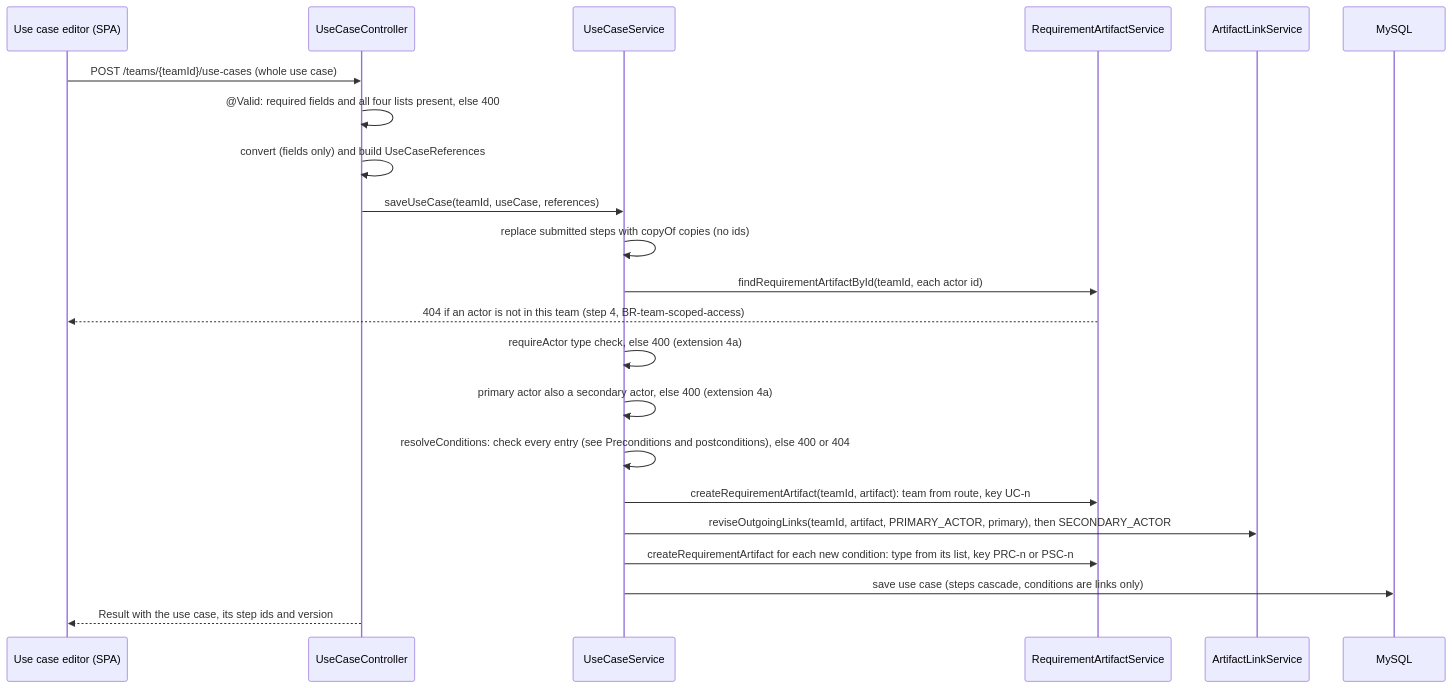
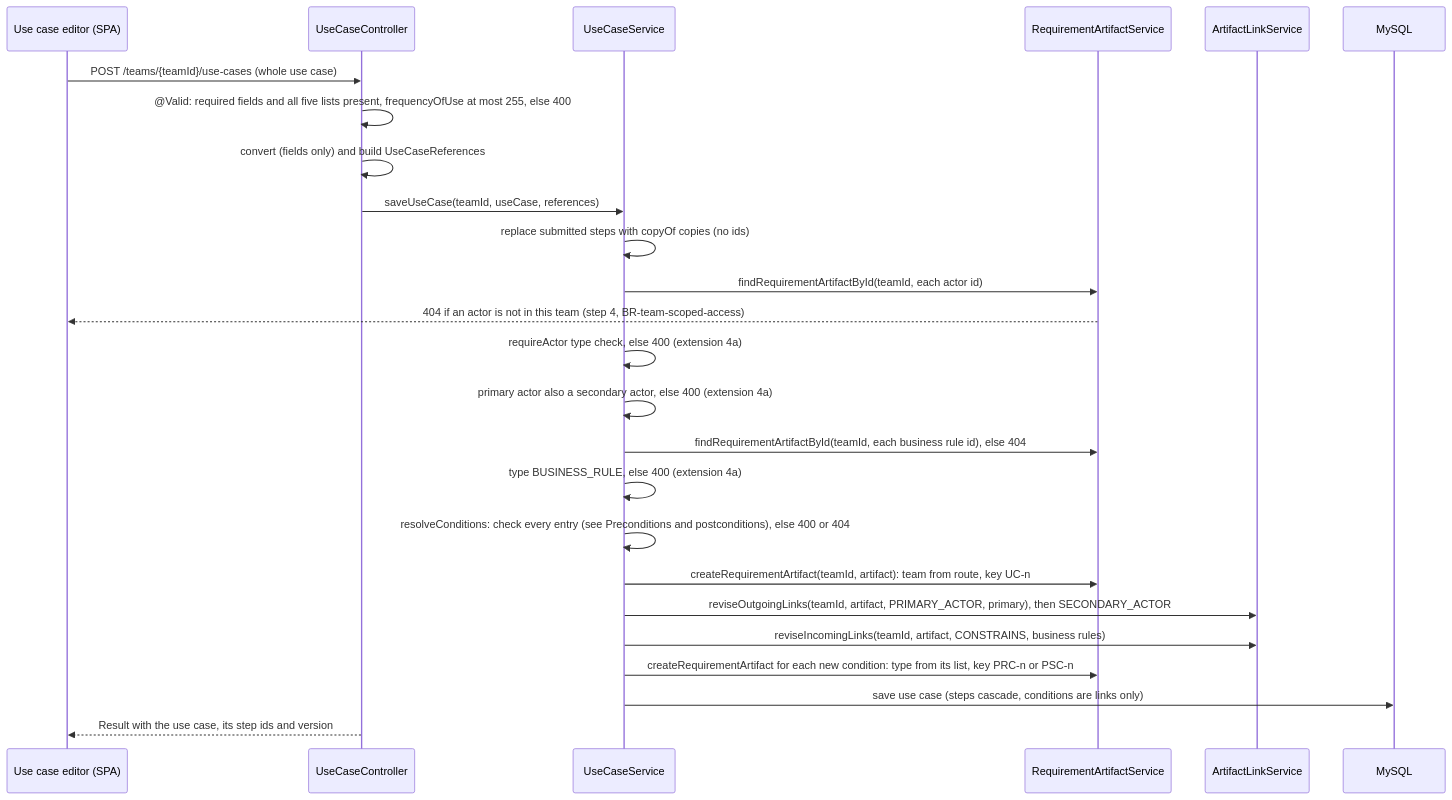
The second of 10 diagrams in docs/design/doc.md (Washingtonwei/project-pulse), drawn with Mermaid before and after one commit. The commit also changed other lines of this file and 3 other files, not shown here.

First line of the commit message:
Design the use case template fields and business rule links

````diff
--- a/docs/design/doc.md
+++ b/docs/design/doc.md
@@ -156,24 +166,27 @@
 ```mermaid
 sequenceDiagram
     participant E as Use case editor (SPA)
     participant C as UseCaseController
     participant S as UseCaseService
     participant R as RequirementArtifactService
     participant L as ArtifactLinkService
     participant DB as MySQL
     E->>C: POST /teams/{teamId}/use-cases (whole use case)
-    C->>C: @Valid: required fields and all four lists present, else 400
+    C->>C: @Valid: required fields and all five lists present, frequencyOfUse at most 255, else 400
     C->>C: convert (fields only) and build UseCaseReferences
     C->>S: saveUseCase(teamId, useCase, references)
     S->>S: replace submitted steps with copyOf copies (no ids)
     S->>R: findRequirementArtifactById(teamId, each actor id)
     R-->>E: 404 if an actor is not in this team (step 4, BR-team-scoped-access)
     S->>S: requireActor type check, else 400 (extension 4a)
     S->>S: primary actor also a secondary actor, else 400 (extension 4a)
+    S->>R: findRequirementArtifactById(teamId, each business rule id), else 404
+    S->>S: type BUSINESS_RULE, else 400 (extension 4a)
     S->>S: resolveConditions: check every entry (see Preconditions and postconditions), else 400 or 404
     S->>R: createRequirementArtifact(teamId, artifact): team from route, key UC-n
     S->>L: reviseOutgoingLinks(teamId, artifact, PRIMARY_ACTOR, primary), then SECONDARY_ACTOR
+    S->>L: reviseIncomingLinks(teamId, artifact, CONSTRAINS, business rules)
     S->>R: createRequirementArtifact for each new condition: type from its list, key PRC-n or PSC-n
     S->>DB: save use case (steps cascade, conditions are links only)
     C-->>E: Result with the use case, its step ids and version
 ```
````
